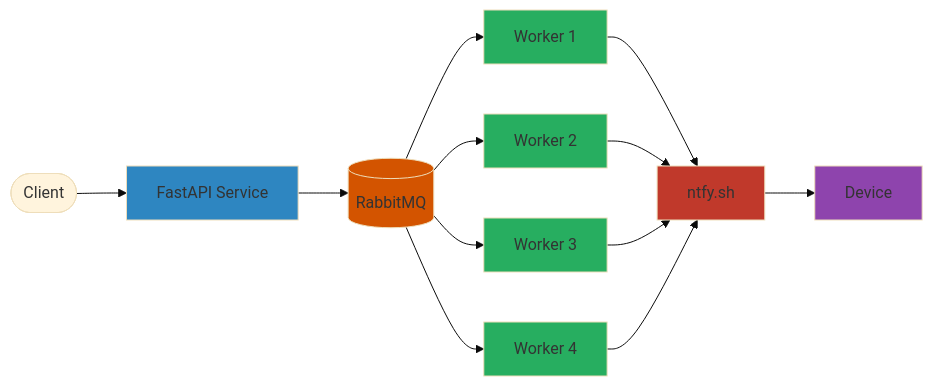
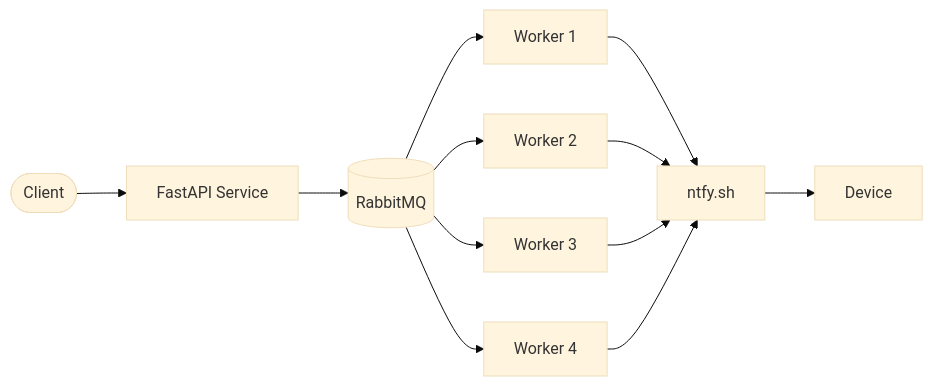
Before and after one commit to anqorithm/ntfy-mq: the diagram in README.md, drawn with Mermaid (base theme).

````diff
--- a/README.md
+++ b/README.md
@@ -25,23 +25,14 @@
 ```mermaid
 graph LR
     Client([Client]) --> API[FastAPI Service]
     API --> RMQ[(RabbitMQ)]
     RMQ --> W1[Worker 1]
     RMQ --> W2[Worker 2]
     RMQ --> W3[Worker 3]
     RMQ --> W4[Worker 4]
     W1 --> N[ntfy.sh]
     W2 --> N
     W3 --> N
     W4 --> N
     N --> D[Device]
-    
-    style API fill:#2E86C1
-    style RMQ fill:#D35400
-    style W1 fill:#27AE60
-    style W2 fill:#27AE60
-    style W3 fill:#27AE60
-    style W4 fill:#27AE60
-    style N fill:#C0392B
-    style D fill:#8E44AD
 ```
````
